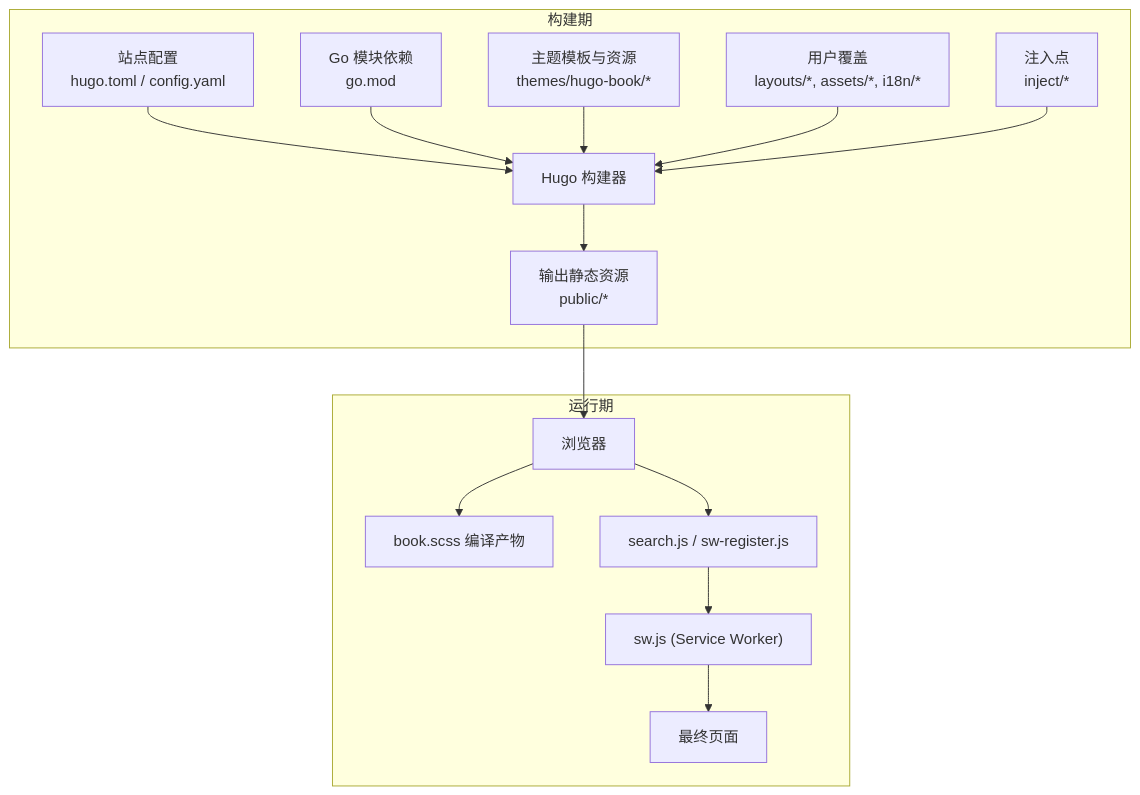
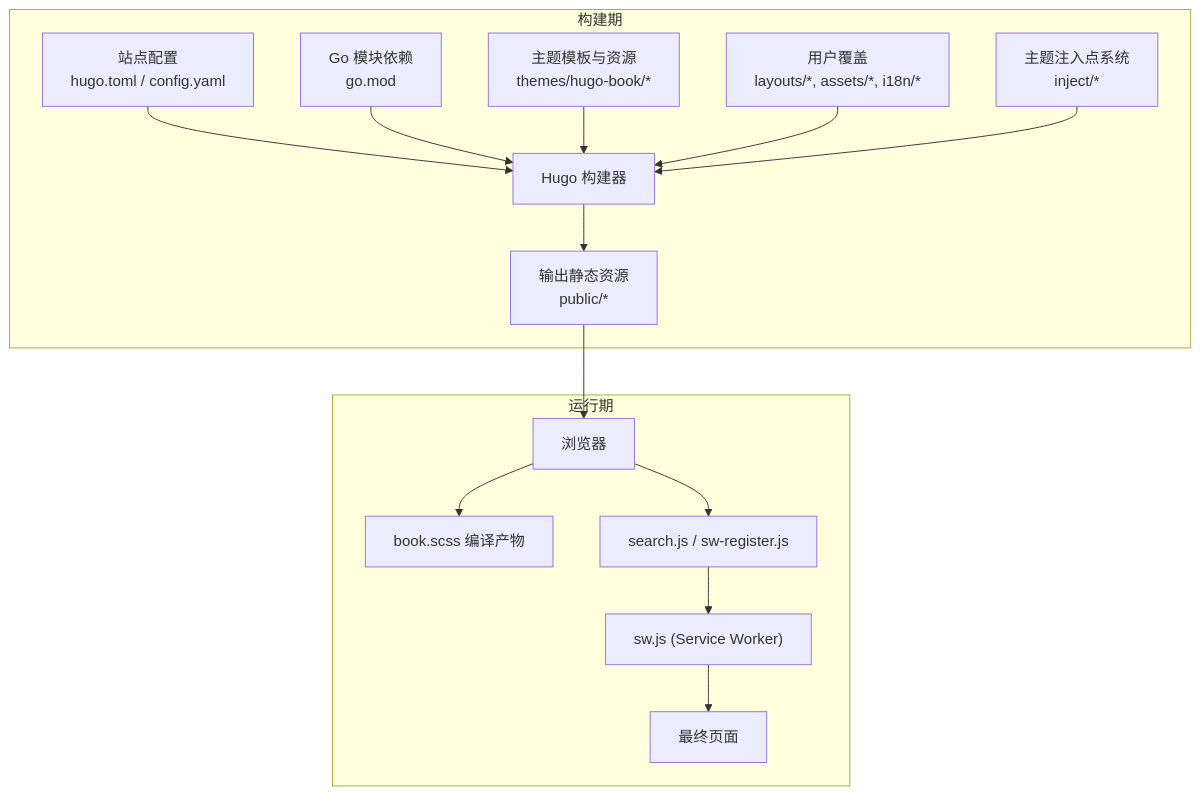
The second of 10 diagrams in .qoder/repowiki/zh/content/主题定制/主题定制.md (nianjiang/nianjiang.github.io), drawn with Mermaid before and after one commit. The commit also changed other lines of this file and 176 other files, not shown here.

````diff
--- a/.qoder/repowiki/zh/content/主题定制/主题定制.md
+++ b/.qoder/repowiki/zh/content/主题定制/主题定制.md
@@ -168,30 +171,30 @@
 ```mermaid
 graph TB
 subgraph "构建期"
 HUGO["Hugo 构建器"]
 CFG["站点配置<br/>hugo.toml / config.yaml"]
 DEPS["Go 模块依赖<br/>go.mod"]
 THEME["主题模板与资源<br/>themes/hugo-book/*"]
 USERL["用户覆盖<br/>layouts/*, assets/*, i18n/*"]
-INJECT["注入点<br/>inject/*"]
+INJECT["主题注入点系统<br/>inject/*"]
 OUT["输出静态资源<br/>public/*"]
 end
 subgraph "运行期"
 BR["浏览器"]
 CSS["book.scss 编译产物"]
 JS["search.js / sw-register.js"]
 SW["sw.js (Service Worker)"]
 END["最终页面"]
 end
 CFG --> HUGO
 DEPS --> HUGO
 THEME --> HUGO
 USERL --> HUGO
 INJECT --> HUGO
 HUGO --> OUT
 OUT --> BR
 BR --> CSS
 BR --> JS
 JS --> SW
 SW --> END
 ```
````
